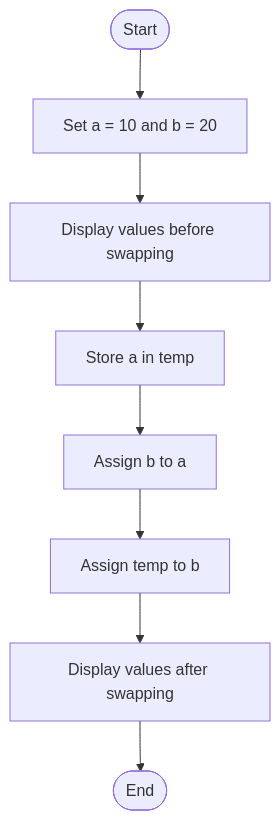
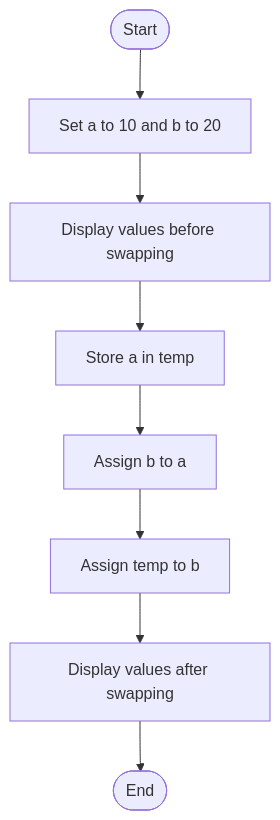
Before and after one commit to tonmoy222/C-programming-lab-work-Batch-34: the third of 3 diagrams in Lab-06-Increment-Decrement-and-Assignment-Operators/README.md, drawn with Mermaid. The commit also changed other lines of this file, not shown here.

````diff
--- a/Lab-06-Increment-Decrement-and-Assignment-Operators/README.md
+++ b/Lab-06-Increment-Decrement-and-Assignment-Operators/README.md
@@ -101,10 +110,10 @@
 ```mermaid
 flowchart TD
-    A([Start]) --> B["Set a = 10 and b = 20"]
+    A([Start]) --> B["Set a to 10 and b to 20"]
     B --> C["Display values before swapping"]
     C --> D["Store a in temp"]
     D --> E["Assign b to a"]
     E --> F["Assign temp to b"]
     F --> G["Display values after swapping"]
     G --> H([End])
 ```
````
